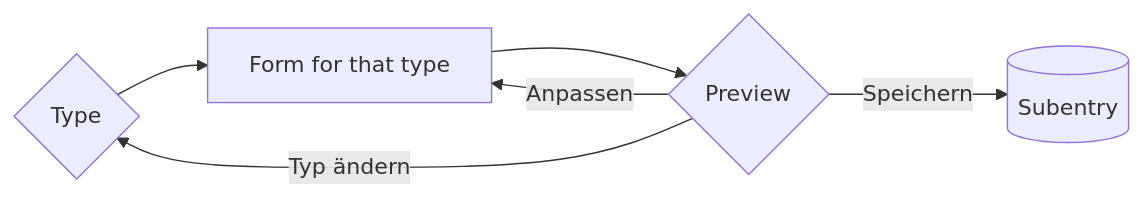
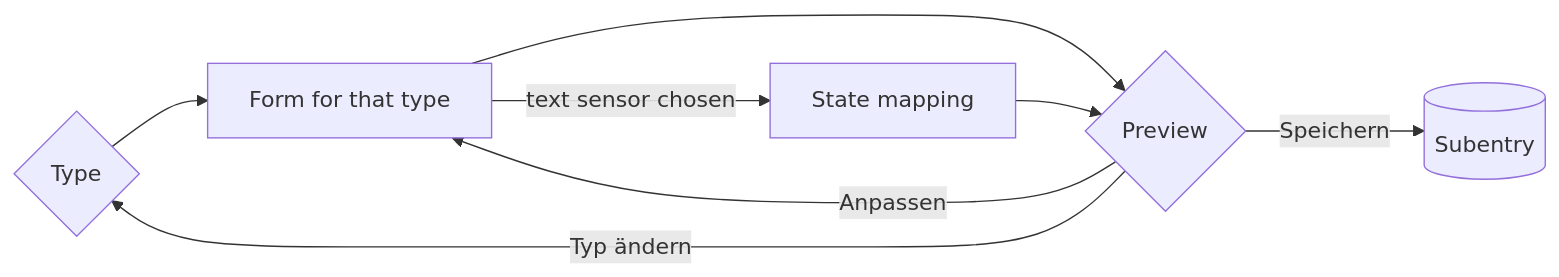
One commit to patchingfailed/home_assistant_climate_hub changed the third of 3 diagrams in docs/ui_mockups.md. Above: the diagram before and after it, drawn with Mermaid. The commit also changed other lines of this file and 2 other files, not shown here.

First line of the commit message:
docs: UI mockups v2 for what native flows can render

````diff
--- a/docs/ui_mockups.md
+++ b/docs/ui_mockups.md
@@ -50,8 +57,10 @@
 ```mermaid
 flowchart LR
   T{Type} --> F[Form for that type]
+  F -- text sensor chosen --> M[State mapping]
   F --> P{Preview}
+  M --> P
   P -- Speichern --> D[(Subentry)]
   P -- Anpassen --> F
   P -- Typ ändern --> T
 ```
````
